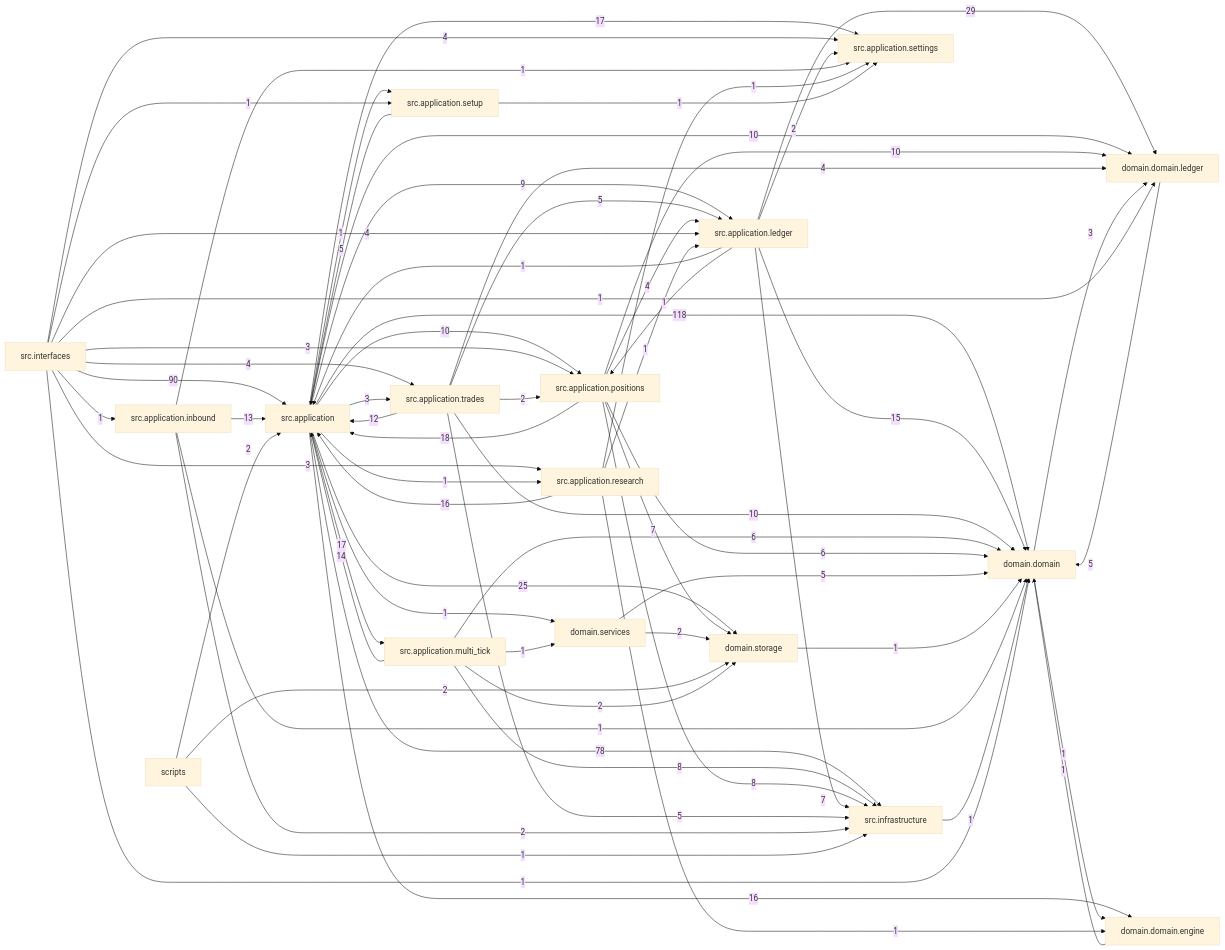
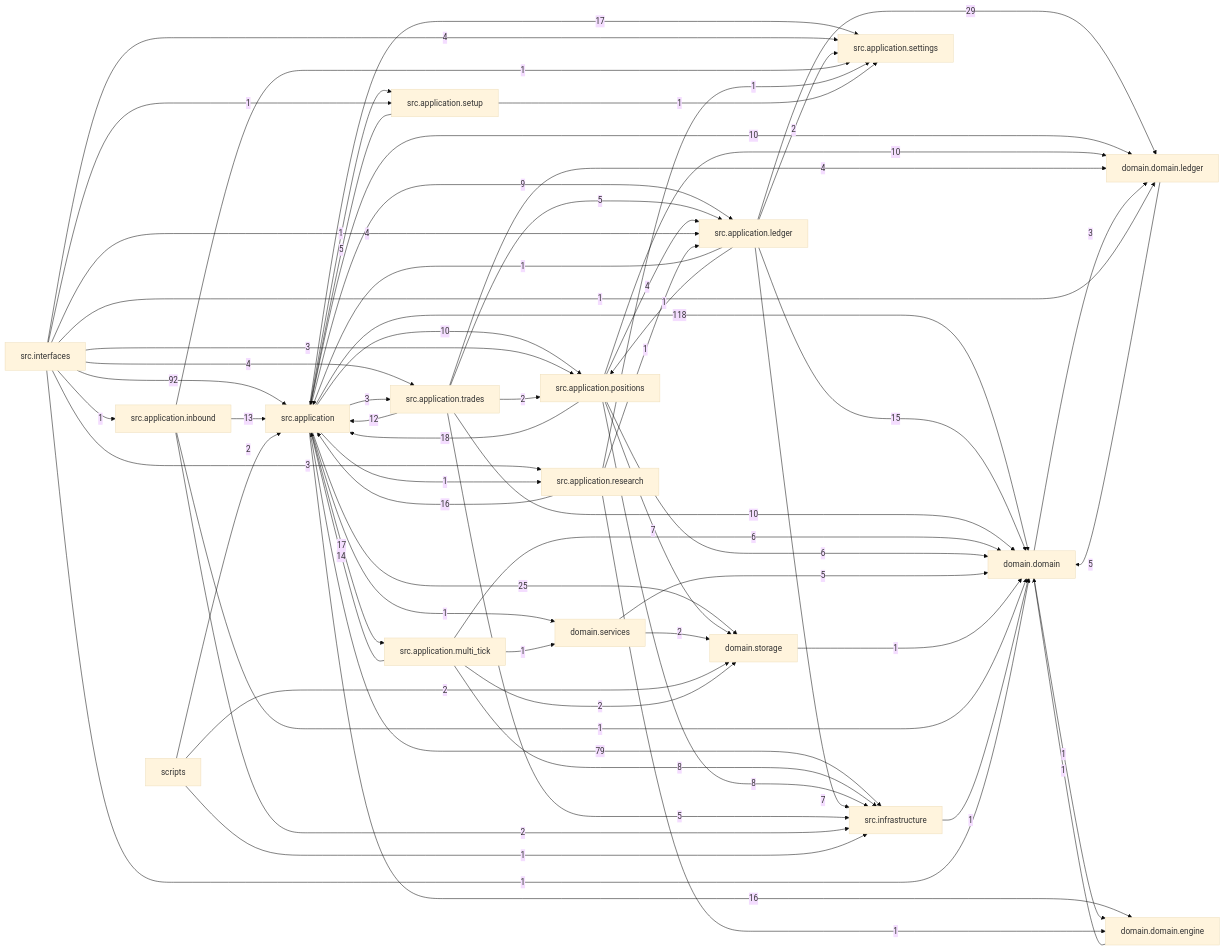
Before and after one commit to liuxie066/options-monitor: the diagram in docs/dependency_graph.mmd, drawn with Mermaid (base theme). The commit also changed 18 other files, not shown here.

```diff
--- a/docs/dependency_graph.mmd
+++ b/docs/dependency_graph.mmd
@@ -1,68 +1,68 @@
 flowchart LR
   src_application["src.application"] -->|118| domain_domain["domain.domain"]
-  src_interfaces["src.interfaces"] -->|90| src_application["src.application"]
-  src_application["src.application"] -->|78| src_infrastructure["src.infrastructure"]
+  src_interfaces["src.interfaces"] -->|92| src_application["src.application"]
+  src_application["src.application"] -->|79| src_infrastructure["src.infrastructure"]
   src_application_ledger["src.application.ledger"] -->|29| domain_domain_ledger["domain.domain.ledger"]
   src_application["src.application"] -->|25| domain_storage["domain.storage"]
   src_application_positions["src.application.positions"] -->|18| src_application["src.application"]
   src_application["src.application"] -->|17| src_application_multi_tick["src.application.multi_tick"]
   src_application["src.application"] -->|17| src_application_settings["src.application.settings"]
   src_application["src.application"] -->|16| domain_domain_engine["domain.domain.engine"]
   src_application_research["src.application.research"] -->|16| src_application["src.application"]
   src_application_ledger["src.application.ledger"] -->|15| domain_domain["domain.domain"]
   src_application_multi_tick["src.application.multi_tick"] -->|14| src_application["src.application"]
   src_application_inbound["src.application.inbound"] -->|13| src_application["src.application"]
   src_application_trades["src.application.trades"] -->|12| src_application["src.application"]
   src_application["src.application"] -->|10| domain_domain_ledger["domain.domain.ledger"]
   src_application["src.application"] -->|10| src_application_positions["src.application.positions"]
   src_application_positions["src.application.positions"] -->|10| domain_domain_ledger["domain.domain.ledger"]
   src_application_trades["src.application.trades"] -->|10| domain_domain["domain.domain"]
   src_application["src.application"] -->|9| src_application_ledger["src.application.ledger"]
   src_application_multi_tick["src.application.multi_tick"] -->|8| src_infrastructure["src.infrastructure"]
   src_application_positions["src.application.positions"] -->|8| src_infrastructure["src.infrastructure"]
   src_application_ledger["src.application.ledger"] -->|7| src_infrastructure["src.infrastructure"]
   src_application_positions["src.application.positions"] -->|7| domain_storage["domain.storage"]
   src_application_multi_tick["src.application.multi_tick"] -->|6| domain_domain["domain.domain"]
   src_application_positions["src.application.positions"] -->|6| domain_domain["domain.domain"]
   domain_domain_ledger["domain.domain.ledger"] -->|5| domain_domain["domain.domain"]
   domain_services["domain.services"] -->|5| domain_domain["domain.domain"]
   src_application_setup["src.application.setup"] -->|5| src_application["src.application"]
   src_application_trades["src.application.trades"] -->|5| src_application_ledger["src.application.ledger"]
   src_application_trades["src.application.trades"] -->|5| src_infrastructure["src.infrastructure"]
   src_application_positions["src.application.positions"] -->|4| src_application_ledger["src.application.ledger"]
   src_application_trades["src.application.trades"] -->|4| domain_domain_ledger["domain.domain.ledger"]
   src_interfaces["src.interfaces"] -->|4| src_application_ledger["src.application.ledger"]
   src_interfaces["src.interfaces"] -->|4| src_application_settings["src.application.settings"]
   src_interfaces["src.interfaces"] -->|4| src_application_trades["src.application.trades"]
   domain_domain["domain.domain"] -->|3| domain_domain_ledger["domain.domain.ledger"]
   src_application["src.application"] -->|3| src_application_trades["src.application.trades"]
   src_interfaces["src.interfaces"] -->|3| src_application_positions["src.application.positions"]
   src_interfaces["src.interfaces"] -->|3| src_application_research["src.application.research"]
   domain_services["domain.services"] -->|2| domain_storage["domain.storage"]
   scripts["scripts"] -->|2| domain_storage["domain.storage"]
   scripts["scripts"] -->|2| src_application["src.application"]
   src_application_inbound["src.application.inbound"] -->|2| src_infrastructure["src.infrastructure"]
   src_application_ledger["src.application.ledger"] -->|2| src_application_settings["src.application.settings"]
   src_application_multi_tick["src.application.multi_tick"] -->|2| domain_storage["domain.storage"]
   src_application_trades["src.application.trades"] -->|2| src_application_positions["src.application.positions"]
   domain_domain["domain.domain"] -->|1| domain_domain_engine["domain.domain.engine"]
   domain_domain_engine["domain.domain.engine"] -->|1| domain_domain["domain.domain"]
   domain_storage["domain.storage"] -->|1| domain_domain["domain.domain"]
   scripts["scripts"] -->|1| src_infrastructure["src.infrastructure"]
   src_application["src.application"] -->|1| domain_services["domain.services"]
   src_application["src.application"] -->|1| src_application_research["src.application.research"]
   src_application["src.application"] -->|1| src_application_setup["src.application.setup"]
   src_application_inbound["src.application.inbound"] -->|1| domain_domain["domain.domain"]
   src_application_inbound["src.application.inbound"] -->|1| src_application_settings["src.application.settings"]
   src_application_ledger["src.application.ledger"] -->|1| src_application["src.application"]
   src_application_ledger["src.application.ledger"] -->|1| src_application_positions["src.application.positions"]
   src_application_multi_tick["src.application.multi_tick"] -->|1| domain_services["domain.services"]
   src_application_research["src.application.research"] -->|1| domain_domain_engine["domain.domain.engine"]
   src_application_research["src.application.research"] -->|1| src_application_ledger["src.application.ledger"]
   src_application_research["src.application.research"] -->|1| src_application_settings["src.application.settings"]
   src_application_setup["src.application.setup"] -->|1| src_application_settings["src.application.settings"]
   src_infrastructure["src.infrastructure"] -->|1| domain_domain["domain.domain"]
   src_interfaces["src.interfaces"] -->|1| domain_domain["domain.domain"]
   src_interfaces["src.interfaces"] -->|1| domain_domain_ledger["domain.domain.ledger"]
   src_interfaces["src.interfaces"] -->|1| src_application_inbound["src.application.inbound"]
   src_interfaces["src.interfaces"] -->|1| src_application_setup["src.application.setup"]
```
